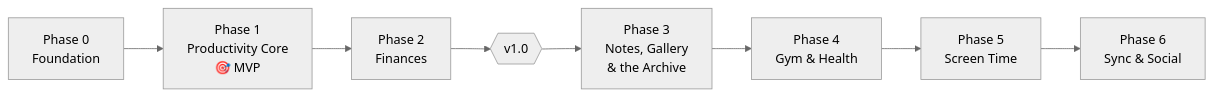
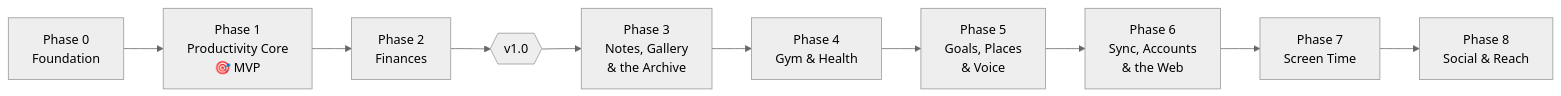
Before and after one commit to ABakdi/Harvest: the diagram in docs/03-Planning/Roadmap.md, drawn with Mermaid (neutral theme). The commit also changed other lines of this file and 29 other files, not shown here.

Commit message:
docs: goals, places and voice; then sync, accounts and the web

````diff
--- a/docs/03-Planning/Roadmap.md
+++ b/docs/03-Planning/Roadmap.md
@@ -5,10 +5,12 @@
 ```mermaid
 flowchart LR
     P0[Phase 0<br/>Foundation] --> P1[Phase 1<br/>Productivity Core<br/>🎯 MVP]
     P1 --> P2[Phase 2<br/>Finances]
     P2 --> V1{{v1.0}}
     V1 --> P3[Phase 3<br/>Notes, Gallery<br/>& the Archive]
     P3 --> P4[Phase 4<br/>Gym & Health]
-    P4 --> P5[Phase 5<br/>Screen Time]
-    P5 --> P6[Phase 6<br/>Sync & Social]
+    P4 --> P5[Phase 5<br/>Goals, Places<br/>& Voice]
+    P5 --> P6[Phase 6<br/>Sync, Accounts<br/>& the Web]
+    P6 --> P7[Phase 7<br/>Screen Time]
+    P7 --> P8[Phase 8<br/>Social & Reach]
 ```
````
